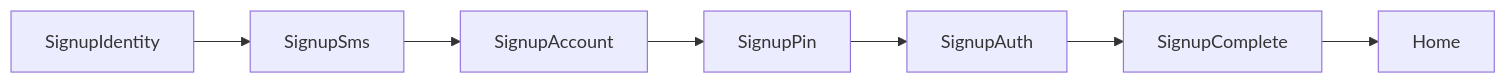
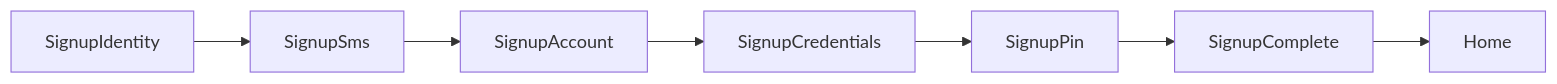
Before and after one commit to mslee98/seed-nt: the diagram in docs/domains/auth.md, drawn with Mermaid. The commit also changed other lines of this file and 27 other files, not shown here.

First line of the commit message:
refactor(auth): SignupCredentials 체인과 인증 가드 로그인 유도

````diff
--- a/docs/domains/auth.md
+++ b/docs/domains/auth.md
@@ -75,9 +76,9 @@
 ```mermaid
 flowchart LR
   SignupIdentity --> SignupSms
   SignupSms --> SignupAccount
-  SignupAccount --> SignupPin
-  SignupPin --> SignupAuth
-  SignupAuth --> SignupComplete
+  SignupAccount --> SignupCredentials
+  SignupCredentials --> SignupPin
+  SignupPin --> SignupComplete
   SignupComplete --> Home
 ```
````
